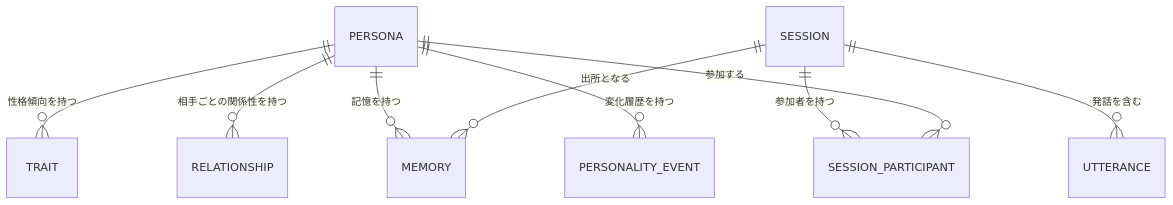
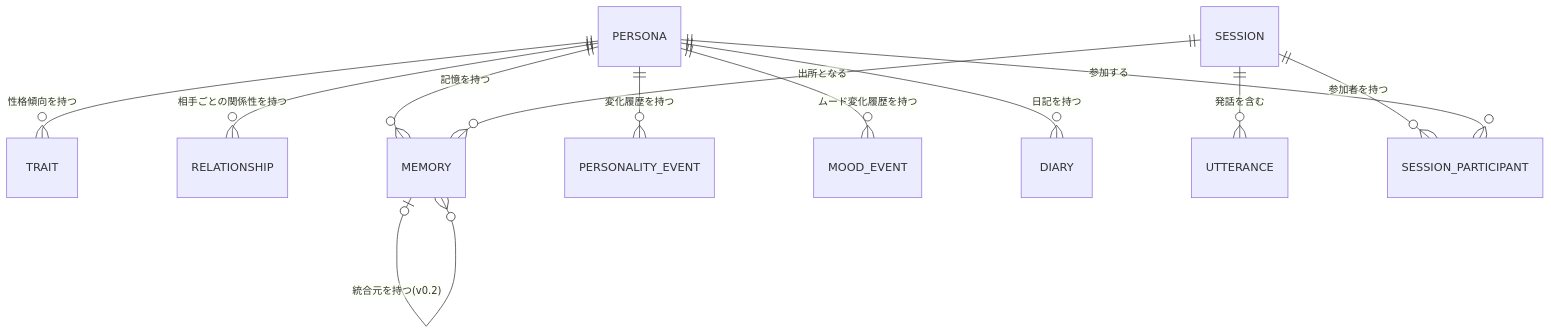
Before and after one commit to ktama/Personacle: the second of 3 diagrams in docs/design.md, drawn with Mermaid. The commit also changed other lines of this file and 29 other files, not shown here.

````diff
--- a/docs/design.md
+++ b/docs/design.md
@@ -215,11 +332,14 @@
 ```mermaid
 erDiagram
     PERSONA ||--o{ TRAIT : "性格傾向を持つ"
     PERSONA ||--o{ RELATIONSHIP : "相手ごとの関係性を持つ"
     PERSONA ||--o{ MEMORY : "記憶を持つ"
     PERSONA ||--o{ PERSONALITY_EVENT : "変化履歴を持つ"
+    PERSONA ||--o{ MOOD_EVENT : "ムード変化履歴を持つ"
+    PERSONA ||--o{ DIARY : "日記を持つ"
+    MEMORY |o--o{ MEMORY : "統合元を持つ(v0.2)"
     SESSION ||--o{ UTTERANCE : "発話を含む"
     SESSION ||--o{ SESSION_PARTICIPANT : "参加者を持つ"
     PERSONA ||--o{ SESSION_PARTICIPANT : "参加する"
     SESSION ||--o{ MEMORY : "出所となる"
 ```
````
